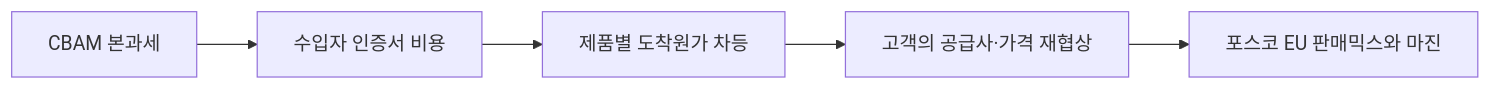
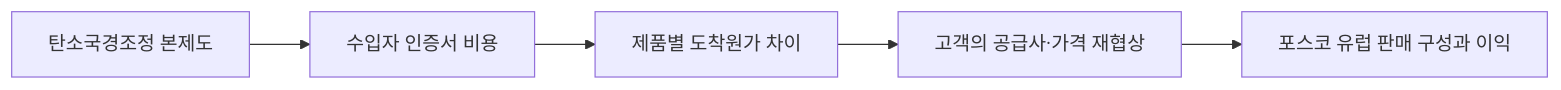
The diagram in market-sensing-wiki/signals/SIG-87F0A3C81E23.md (arik1988/posco-market-sensing-wiki), drawn with Mermaid before and after one commit. The commit also changed other lines of this file and 143 other files, not shown here.

````diff
--- a/market-sensing-wiki/signals/SIG-87F0A3C81E23.md
+++ b/market-sensing-wiki/signals/SIG-87F0A3C81E23.md
@@ -35,7 +43,7 @@
 ```mermaid
 flowchart LR
-  A[CBAM 본과세] --> B[수입자 인증서 비용]
-  B --> C[제품별 도착원가 차등]
+  A[탄소국경조정 본제도] --> B[수입자 인증서 비용]
+  B --> C[제품별 도착원가 차이]
   C --> D[고객의 공급사·가격 재협상]
-  D --> E[포스코 EU 판매믹스와 마진]
+  D --> E[포스코 유럽 판매 구성과 이익]
 ```
````
